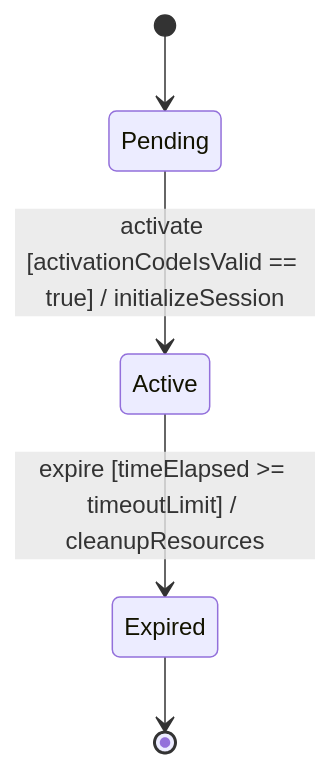
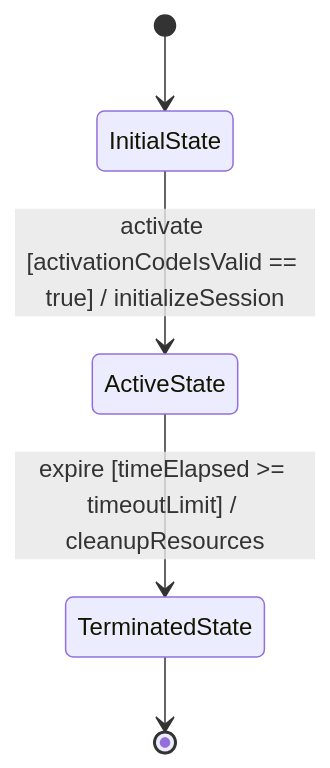
Before and after one commit to gintatkinson/digital-pipeline-repo: the diagram in skills/spec-user-story-engineering/SKILL.md, drawn with Mermaid. The commit also changed other lines of this file and 13 other files, not shown here.

````diff
--- a/skills/spec-user-story-engineering/SKILL.md
+++ b/skills/spec-user-story-engineering/SKILL.md
@@ -130,7 +130,7 @@
 ```mermaid
 stateDiagram-v2
-    [*] --> Pending
-    Pending --> Active : activate [activationCodeIsValid == true] / initializeSession
-    Active --> Expired : expire [timeElapsed >= timeoutLimit] / cleanupResources
-    Expired --> [*]
+    [*] --> InitialState
+    InitialState --> ActiveState : activate [activationCodeIsValid == true] / initializeSession
+    ActiveState --> TerminatedState : expire [timeElapsed >= timeoutLimit] / cleanupResources
+    TerminatedState --> [*]
 ```
````
